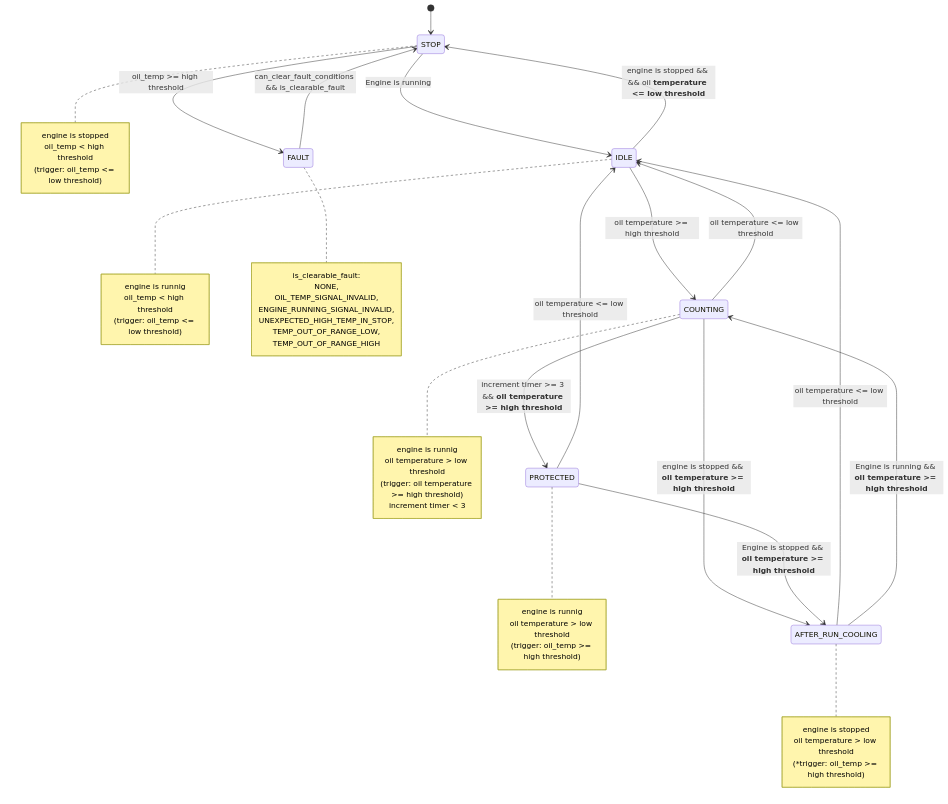
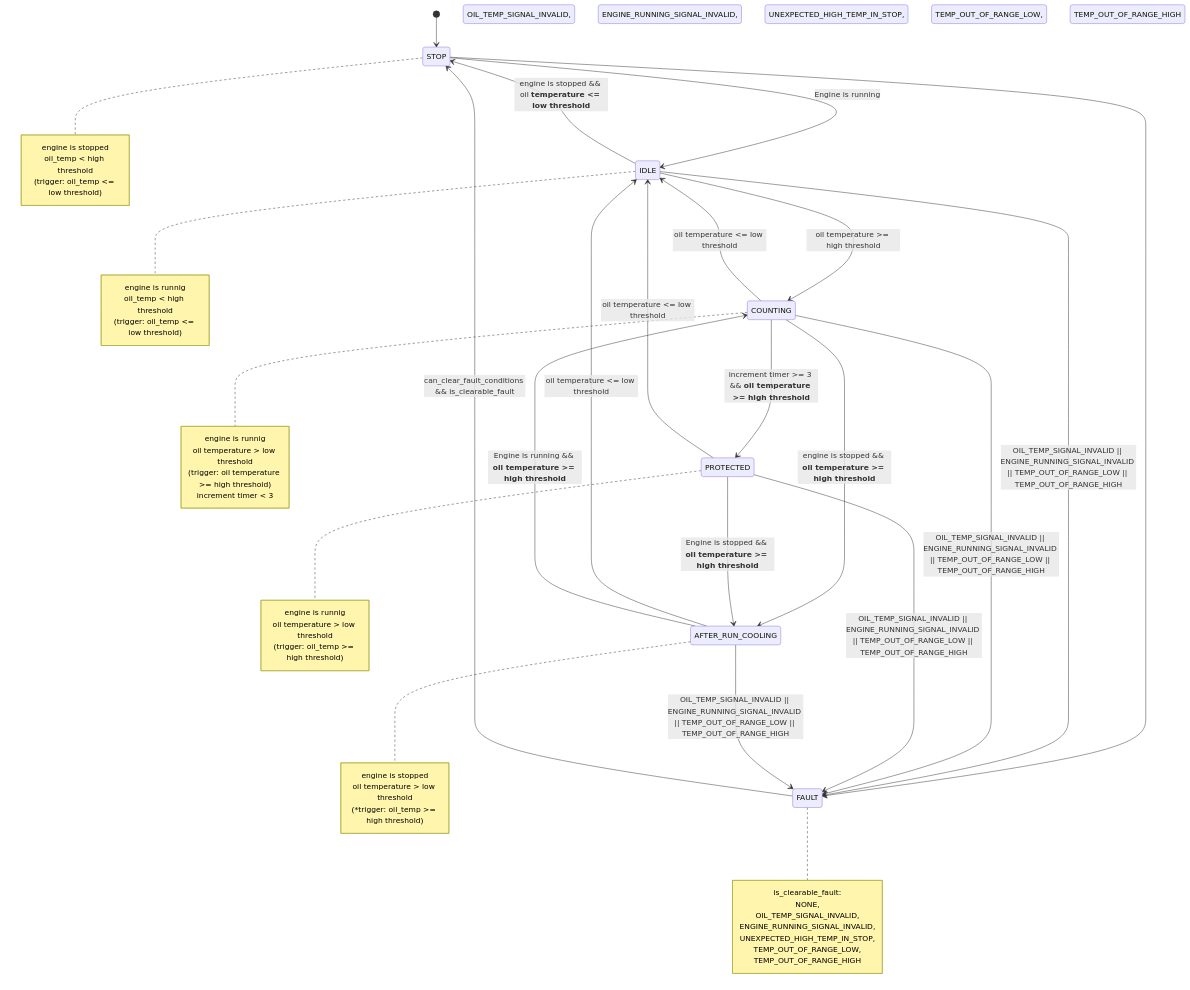
One commit to CY-M02605/Embedded-Control-Architecture changed the diagram in README.md. Above: the diagram before and after it, drawn with Mermaid.

Commit message:
docs: update README for state machine diagram

````diff
--- a/README.md
+++ b/README.md
@@ -237,57 +237,66 @@
 ```mermaid
 stateDiagram-v2
     [*] --> STOP
 
     note right of STOP
         engine is stopped
         oil_temp < high threshold
         (trigger: oil_temp <= low threshold)
     end note
     STOP --> IDLE: Engine is running
-    STOP --> FAULT: oil_temp >= high threshold
+    STOP --> FAULT: 
+            OIL_TEMP_SIGNAL_INVALID, 
+            ENGINE_RUNNING_SIGNAL_INVALID,
+            UNEXPECTED_HIGH_TEMP_IN_STOP,
+            TEMP_OUT_OF_RANGE_LOW,
+            TEMP_OUT_OF_RANGE_HIGH
 
     note right of IDLE
         engine is runnig
         oil_temp < high threshold
         (trigger: oil_temp <= low threshold)
     end note
     IDLE --> COUNTING: oil temperature >= high threshold
-    IDLE --> STOP: engine is stopped && && oil **temperature <= low threshold**
+    IDLE --> STOP: engine is stopped && oil **temperature <= low threshold**
+    IDLE --> FAULT: OIL_TEMP_SIGNAL_INVALID || ENGINE_RUNNING_SIGNAL_INVALID || TEMP_OUT_OF_RANGE_LOW || TEMP_OUT_OF_RANGE_HIGH
 
     note right of COUNTING
         engine is runnig
         oil temperature > low threshold
         (trigger: oil temperature >= high threshold)
         increment timer < 3
     end note
     COUNTING --> PROTECTED: increment timer >= 3 && **oil temperature >= high threshold**
     COUNTING --> IDLE: oil temperature <= low threshold
     COUNTING --> AFTER_RUN_COOLING: engine is stopped && **oil temperature >= high threshold**
+    COUNTING --> FAULT: OIL_TEMP_SIGNAL_INVALID || ENGINE_RUNNING_SIGNAL_INVALID || TEMP_OUT_OF_RANGE_LOW || TEMP_OUT_OF_RANGE_HIGH
 
     note right of PROTECTED
         engine is runnig
         oil temperature > low threshold
         (trigger: oil_temp >= high threshold)
     end note
     PROTECTED --> IDLE: oil temperature <= low threshold
     PROTECTED --> AFTER_RUN_COOLING: Engine is stopped && **oil temperature >= high threshold**
+    PROTECTED --> FAULT: OIL_TEMP_SIGNAL_INVALID || ENGINE_RUNNING_SIGNAL_INVALID || TEMP_OUT_OF_RANGE_LOW || TEMP_OUT_OF_RANGE_HIGH
 
     note right of AFTER_RUN_COOLING
         engine is stopped
         oil temperature > low threshold
         (*trigger: oil_temp >= high threshold)
     end note
     AFTER_RUN_COOLING --> IDLE: oil temperature <= low threshold
     AFTER_RUN_COOLING --> COUNTING: Engine is running && **oil temperature >= high threshold**
+    AFTER_RUN_COOLING --> FAULT: OIL_TEMP_SIGNAL_INVALID || ENGINE_RUNNING_SIGNAL_INVALID || TEMP_OUT_OF_RANGE_LOW || TEMP_OUT_OF_RANGE_HIGH
 
     note right of FAULT
         is_clearable_fault:
             NONE,
             OIL_TEMP_SIGNAL_INVALID,
             ENGINE_RUNNING_SIGNAL_INVALID,
             UNEXPECTED_HIGH_TEMP_IN_STOP,
             TEMP_OUT_OF_RANGE_LOW,
             TEMP_OUT_OF_RANGE_HIGH
     end note
     FAULT --> STOP: can_clear_fault_conditions && is_clearable_fault
 ```
````
